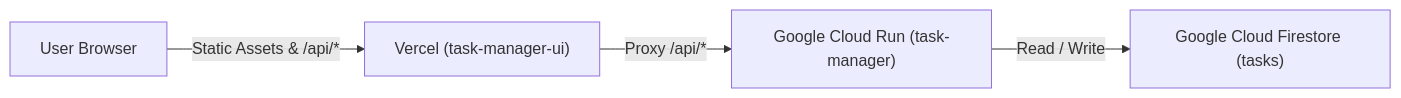
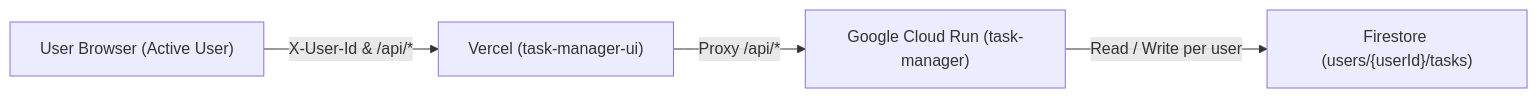
The diagram in SPEC.md (noam2030/task-manager), drawn with Mermaid before and after one commit. The commit also changed other lines of this file and 9 other files, not shown here.

Commit message:
Implement per-user data isolation with client switcher and tests

````diff
--- a/SPEC.md
+++ b/SPEC.md
@@ -55,6 +58,6 @@
 ```mermaid
 flowchart LR
-    Browser["User Browser"] -->|"Static Assets & /api/*"| Vercel["Vercel (task-manager-ui)"]
+    Browser["User Browser (Active User)"] -->|"X-User-Id & /api/*"| Vercel["Vercel (task-manager-ui)"]
     Vercel -->|"Proxy /api/*"| CloudRun["Google Cloud Run (task-manager)"]
-    CloudRun -->|"Read / Write"| Firestore["Google Cloud Firestore (tasks)"]
+    CloudRun -->|"Read / Write per user"| Firestore["Firestore (users/{userId}/tasks)"]
 ```
````
